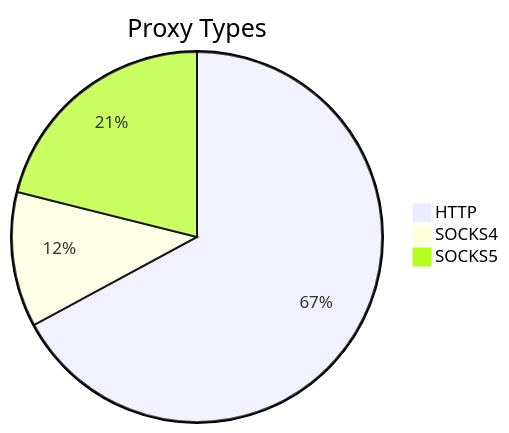
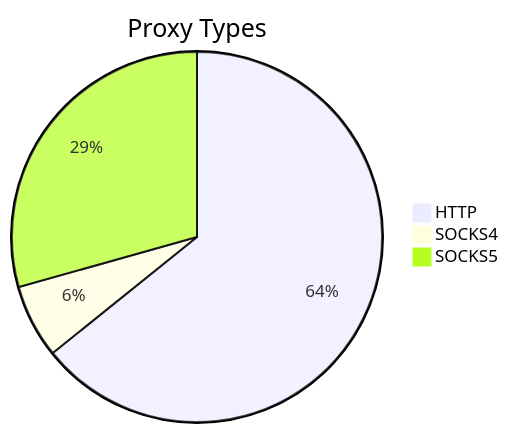
One commit to stormsia/proxy-list changed the first of 2 diagrams in README.md. Above: the diagram before and after it, drawn with Mermaid. The commit also changed other lines of this file, not shown here.

````diff
--- a/README.md
+++ b/README.md
@@ -21,6 +21,6 @@
 ```mermaid
 pie title Proxy Types
-    "HTTP" : 245
-    "SOCKS4" : 43
-    "SOCKS5" : 77
+    "HTTP" : 140
+    "SOCKS4" : 14
+    "SOCKS5" : 64
 ```
````
